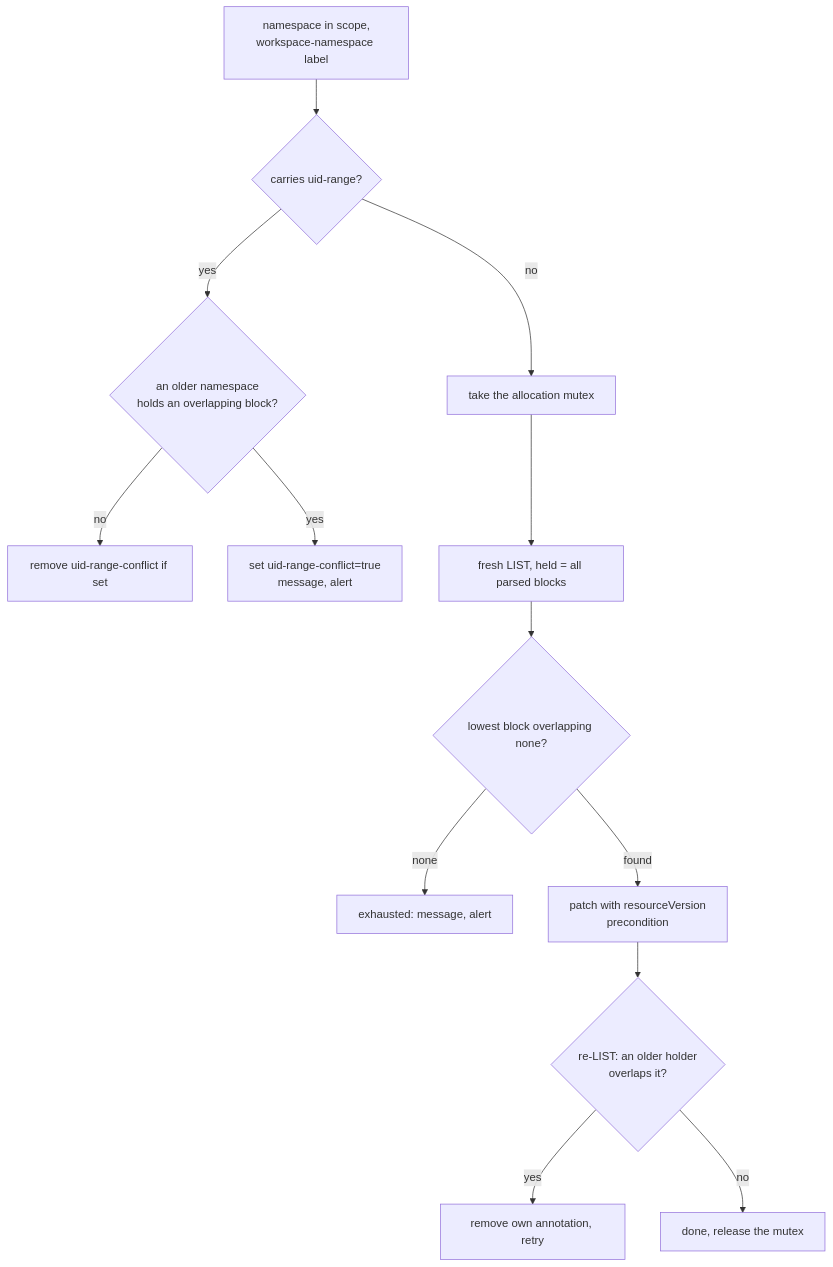
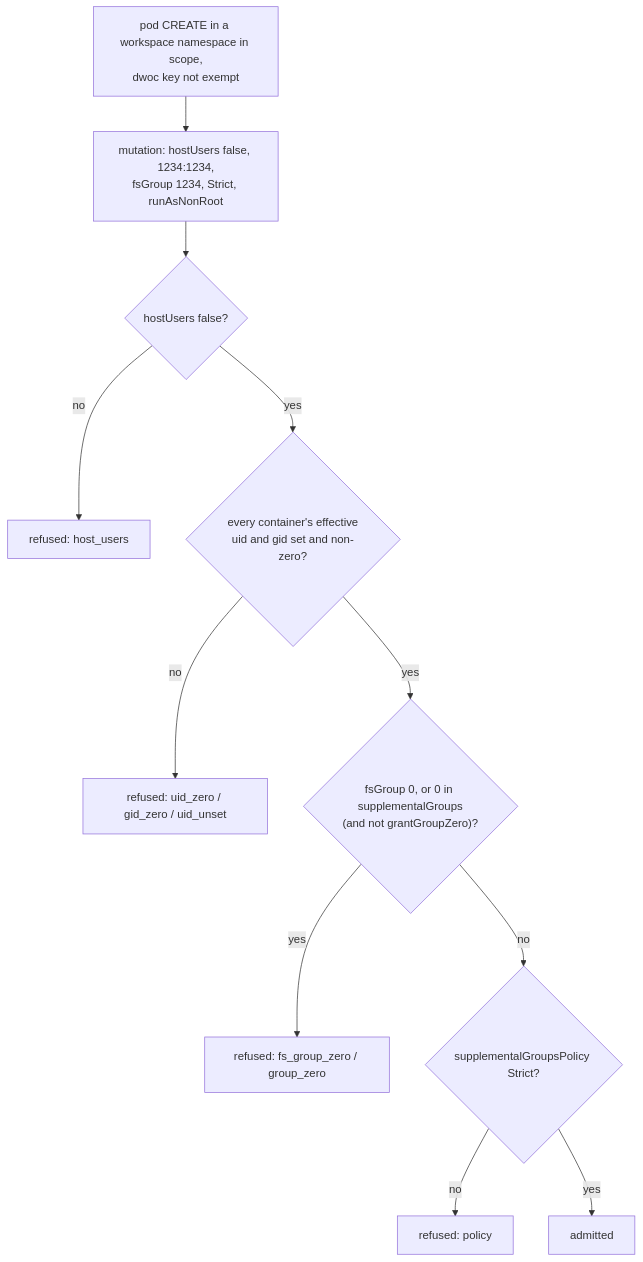
One commit to batleforc/weebo-si-hardening changed the third of 4 diagrams in docs/rfc/0018-namespace-uid-range.md. Above: the diagram before and after it, drawn with Mermaid. The commit also changed other lines of this file and 4 other files, not shown here.

First line of the commit message:
docs(rfc): 0018 redesigned as workspace pod identity, 0018-0021 accepted

````diff
--- a/docs/rfc/0018-namespace-uid-range.md
+++ b/docs/rfc/0018-namespace-uid-range.md
@@ -452,15 +393,13 @@
 ```mermaid
 flowchart TD
-  A["namespace in scope,<br/>workspace-namespace label"] --> B{"carries uid-range?"}
-  B -- "yes" --> D{"an older namespace<br/>holds an overlapping block?"}
-  D -- "no" --> OK["remove uid-range-conflict if set"]
-  D -- "yes" --> X["set uid-range-conflict=true<br/>message, alert"]
-  B -- "no" --> L["take the allocation mutex"]
-  L --> E["fresh LIST, held = all parsed blocks"]
-  E --> F{"lowest block overlapping none?"}
-  F -- "none" --> G["exhausted: message, alert"]
-  F -- "found" --> H["patch with resourceVersion<br/>precondition"]
-  H --> R{"re-LIST: an older holder<br/>overlaps it?"}
-  R -- "yes" --> U["remove own annotation, retry"]
-  R -- "no" --> OK2["done, release the mutex"]
+  A["pod CREATE in a workspace namespace in scope,<br/>dwoc key not exempt"] --> M["mutation: hostUsers false, 1234:1234,<br/>fsGroup 1234, Strict, runAsNonRoot"]
+  M --> V1{"hostUsers false?"}
+  V1 -- "no" --> R1["refused: host_users"]
+  V1 -- "yes" --> V2{"every container's effective<br/>uid and gid set and non-zero?"}
+  V2 -- "no" --> R2["refused: uid_zero / gid_zero / uid_unset"]
+  V2 -- "yes" --> V3{"fsGroup 0, or 0 in supplementalGroups<br/>(and not grantGroupZero)?"}
+  V3 -- "yes" --> R3["refused: fs_group_zero / group_zero"]
+  V3 -- "no" --> V4{"supplementalGroupsPolicy Strict?"}
+  V4 -- "no" --> R4["refused: policy"]
+  V4 -- "yes" --> OK["admitted"]
 ```
````
